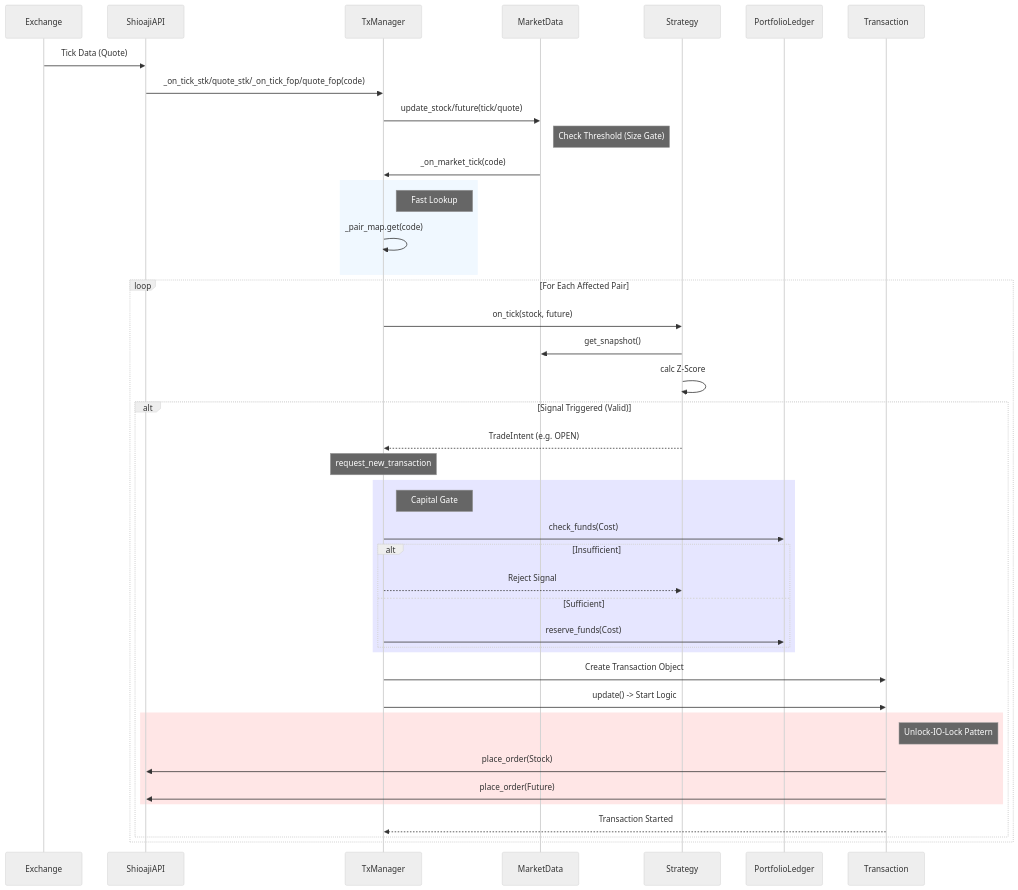
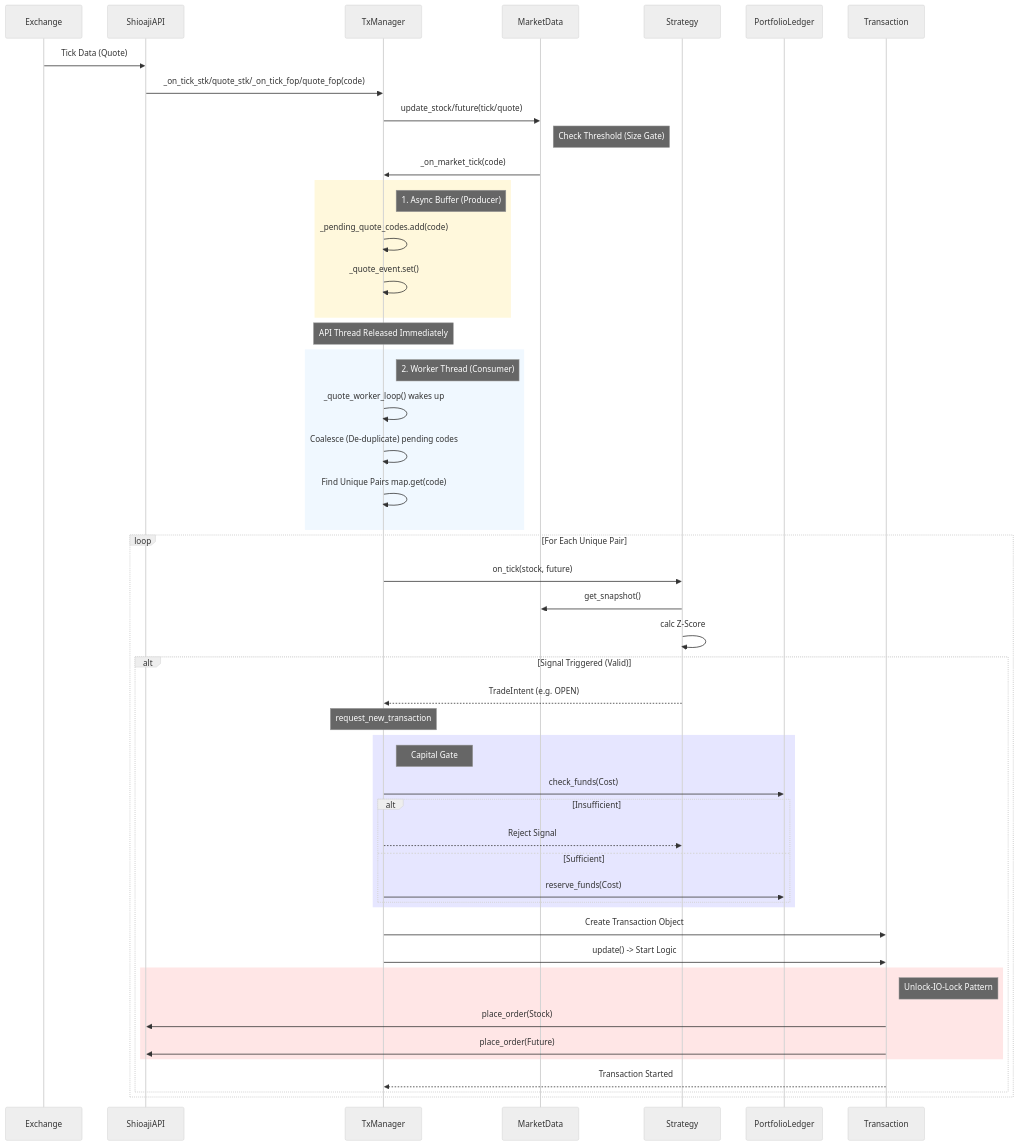
The fifth of 9 diagrams in source_code_interpretation.md (yupao-tsai/trading), drawn with Mermaid (neutral theme) before and after one commit. The commit also changed other lines of this file, not shown here.

Commit message:
Docs: Update architecture doc with Async Quote Worker & Funds Logic

````diff
--- a/source_code_interpretation.md
+++ b/source_code_interpretation.md
@@ -286,52 +288,62 @@
 ```mermaid
 sequenceDiagram
     participant Ex as Exchange
     participant API as ShioajiAPI
     participant TM as TxManager
     participant MD as MarketData
     participant Strat as Strategy
     participant Ledger as PortfolioLedger
     participant Tx as Transaction
 
     Ex->>API: Tick Data (Quote)
     API->>TM: _on_tick_stk/quote_stk/_on_tick_fop/quote_fop(code)
     TM->>MD: update_stock/future(tick/quote)
     Note right of MD: Check Threshold (Size Gate)
     MD->>TM: _on_market_tick(code)
     
-    rect rgb(240, 248, 255)
-        Note right of TM: Fast Lookup
-        TM->>TM: _pair_map.get(code)
+    rect rgb(255, 248, 220)
+        Note right of TM: 1. Async Buffer (Producer)
+        TM->>TM: _pending_quote_codes.add(code)
+        TM->>TM: _quote_event.set()
     end
     
-    loop For Each Affected Pair
+    Note over TM: API Thread Released Immediately
+    
+    rect rgb(240, 248, 255)
+        Note right of TM: 2. Worker Thread (Consumer)
+        TM->>TM: _quote_worker_loop() wakes up
+        TM->>TM: Coalesce (De-duplicate) pending codes
+        TM->>TM: Find Unique Pairs map.get(code)
+    end
+
+    loop For Each Unique Pair
         TM->>Strat: on_tick(stock, future)
         Strat->>MD: get_snapshot()
         Strat->>Strat: calc Z-Score
         
         alt Signal Triggered (Valid)
             Strat-->>TM: TradeIntent (e.g. OPEN)
             Note over TM: request_new_transaction
             rect rgb(230, 230, 255)
                 Note right of TM: Capital Gate
                 TM->>Ledger: check_funds(Cost)
                 alt Insufficient
                      TM-->>Strat: Reject Signal
                 else Sufficient
                      TM->>Ledger: reserve_funds(Cost)
                 end
             end
             
             TM->>Tx: Create Transaction Object
             TM->>Tx: update() -> Start Logic
             
             rect rgb(255, 230, 230)
                 Note right of Tx: Unlock-IO-Lock Pattern
                 Tx->>API: place_order(Stock)
                 Tx->>API: place_order(Future)
             end
             
             Tx-->>TM: Transaction Started
         end
     end
 ```
````
